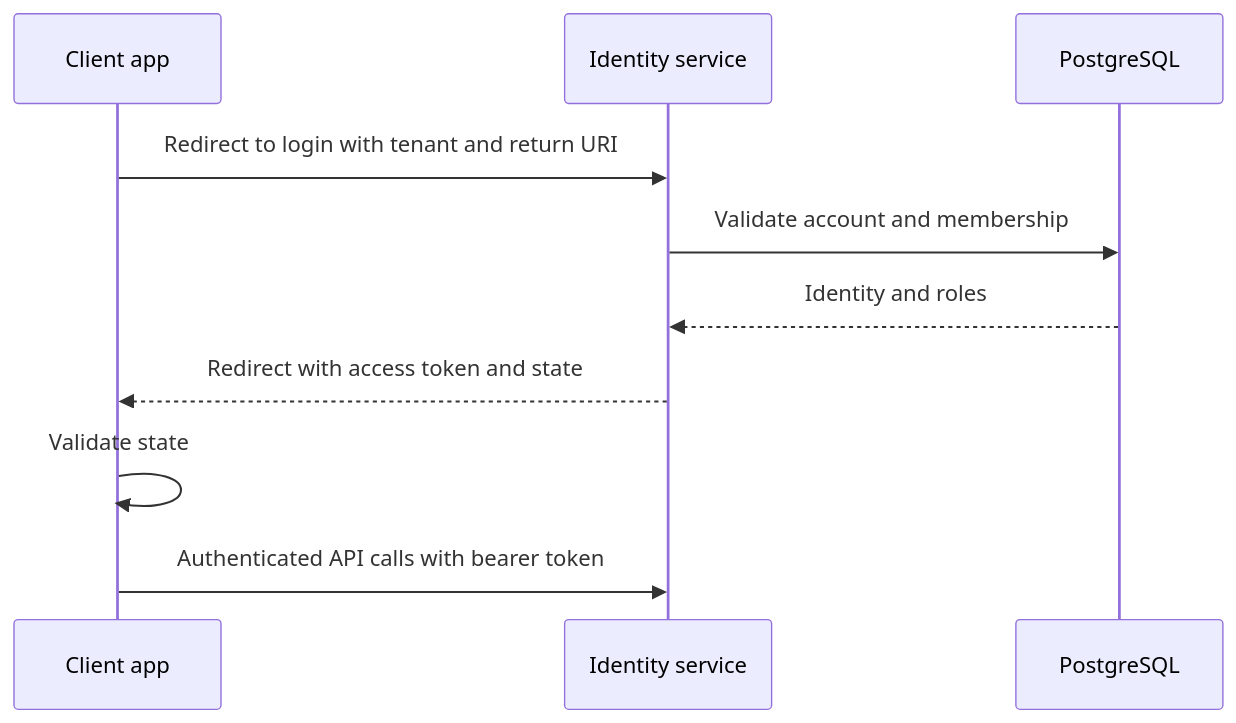
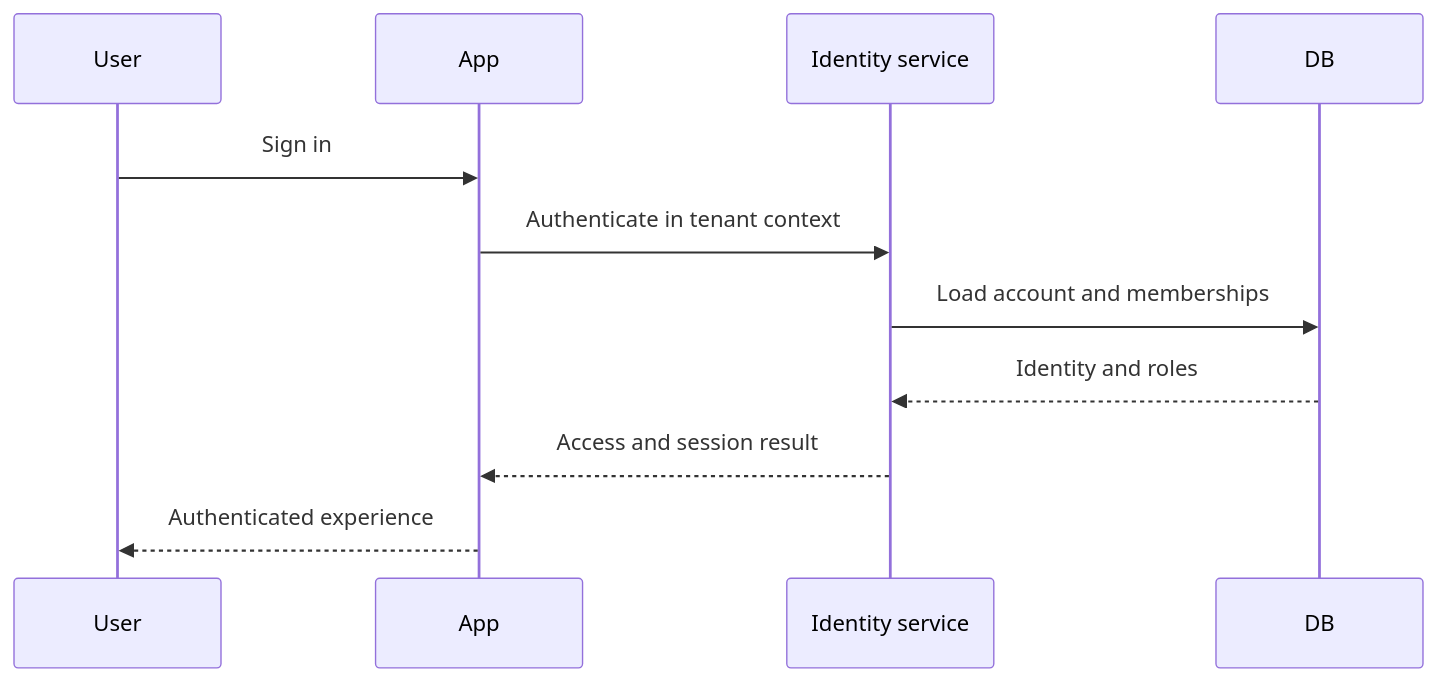
Before and after one commit to farismnrr/portofolio: the second of 3 diagrams in frontend/content/projects/multitenant-user-management.md, drawn with Mermaid. The commit also changed other lines of this file and 6 other files, not shown here.

````diff
--- a/frontend/content/projects/multitenant-user-management.md
+++ b/frontend/content/projects/multitenant-user-management.md
@@ -79,13 +71,14 @@
 ```mermaid
 sequenceDiagram
-    participant App as Client app
-    participant SSO as Identity service
-    participant DB as PostgreSQL
+    participant User
+    participant App
+    participant Identity as Identity service
+    participant DB
 
-    App->>SSO: Redirect to login with tenant and return URI
-    SSO->>DB: Validate account and membership
-    DB-->>SSO: Identity and roles
-    SSO-->>App: Redirect with access token and state
-    App->>App: Validate state
-    App->>SSO: Authenticated API calls with bearer token
+    User->>App: Sign in
+    App->>Identity: Authenticate in tenant context
+    Identity->>DB: Load account and memberships
+    DB-->>Identity: Identity and roles
+    Identity-->>App: Access and session result
+    App-->>User: Authenticated experience
 ```
````
